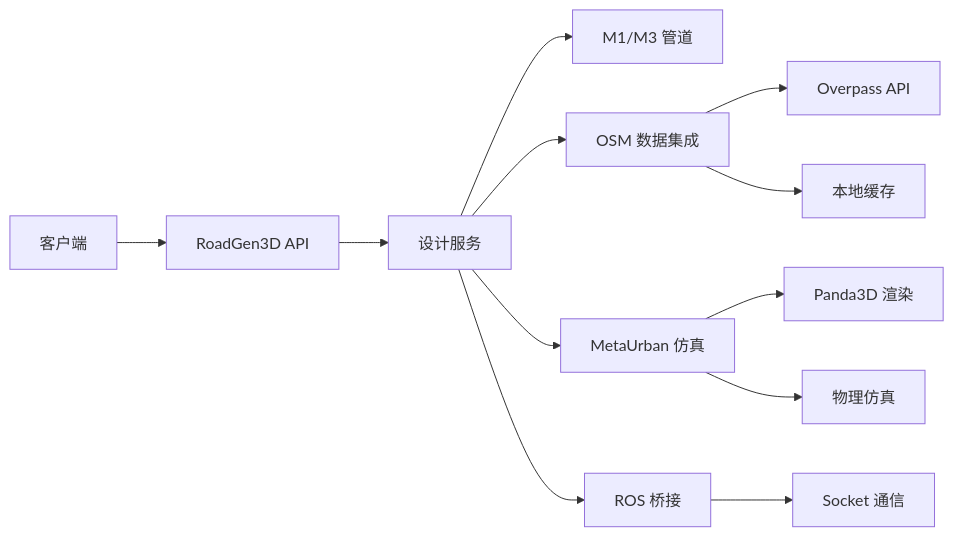
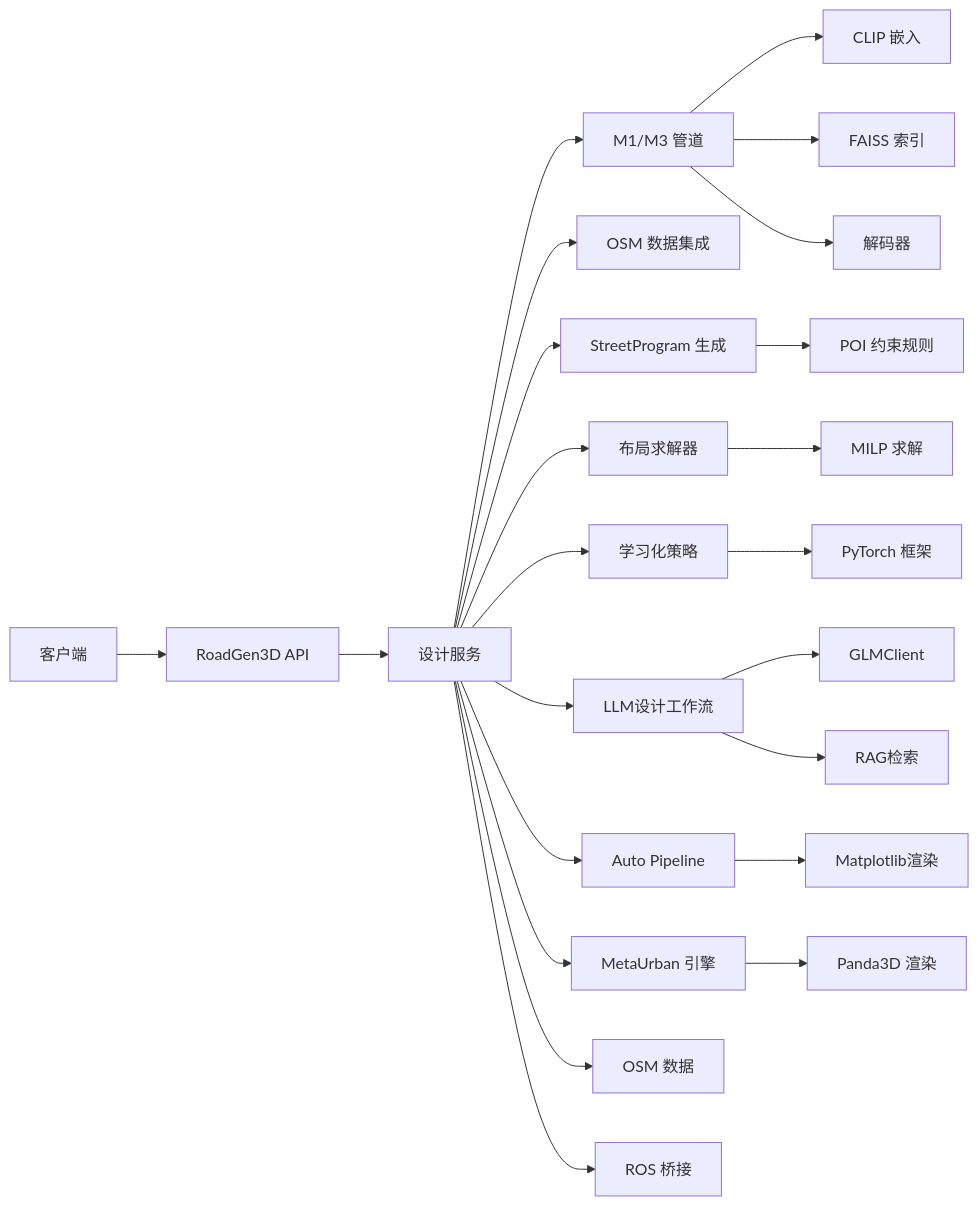
Before and after one commit to wsqstar/RoadGen3D: diagram 17 of 19 in .qoder/repowiki/zh/content/系统架构/系统架构.md, drawn with Mermaid. The commit also changed other lines of this file and 8 other files, not shown here.

First line of the commit message:
feat(docs): update architecture docs with Auto Scene Pipeline and API details

````diff
--- a/.qoder/repowiki/zh/content/系统架构/系统架构.md
+++ b/.qoder/repowiki/zh/content/系统架构/系统架构.md
@@ -624,14 +801,25 @@
 ```mermaid
 graph LR
 Client["客户端"] --> API["RoadGen3D API"]
 API --> Design["设计服务"]
 Design --> Pipeline["M1/M3 管道"]
 Design --> OSM["OSM 数据集成"]
-Design --> Meta["MetaUrban 仿真"]
+Design --> Program["StreetProgram 生成"]
+Design --> Solver["布局求解器"]
+Design --> Policy["学习化策略"]
+Design --> Workflow["LLM设计工作流"]
+Design --> AutoPipe["Auto Pipeline"]
+Pipeline --> CLIP["CLIP 嵌入"]
+Pipeline --> FAISS["FAISS 索引"]
+Pipeline --> Decoder["解码器"]
+Program --> POI["POI 约束规则"]
+Solver --> MILP["MILP 求解"]
+Policy --> Torch["PyTorch 框架"]
+Workflow --> GLM["GLMClient"]
+Workflow --> RAG["RAG检索"]
+AutoPipe --> Matplotlib["Matplotlib渲染"]
+Design --> Engine["MetaUrban 引擎"]
+Engine --> Panda3D["Panda3D 渲染"]
+Design --> OSMData["OSM 数据"]
 Design --> ROS["ROS 桥接"]
-OSM --> Overpass["Overpass API"]
-OSM --> Cache["本地缓存"]
-Meta --> Panda3D["Panda3D 渲染"]
-Meta --> Physics["物理仿真"]
-ROS --> Socket["Socket 通信"]
 ```
````
